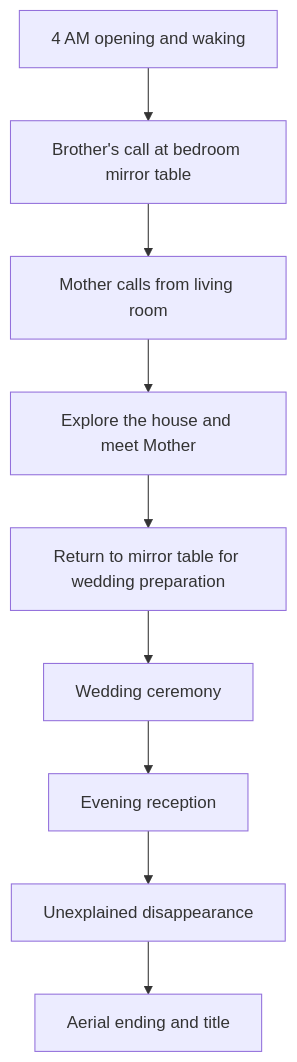
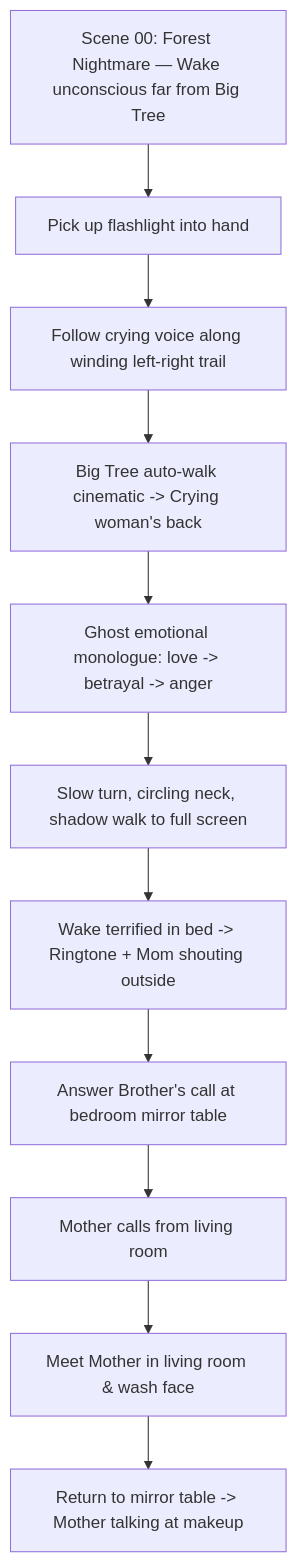
Before and after one commit to GenXXIII/ThatNight: the diagram in Docs/Chapter1-FirstPerson-Design.md, drawn with Mermaid. The commit also changed other lines of this file and 1099 other files, not shown here.

````diff
--- a/Docs/Chapter1-FirstPerson-Design.md
+++ b/Docs/Chapter1-FirstPerson-Design.md
@@ -19,11 +19,13 @@
 ```mermaid
 flowchart TD
-    S1[4 AM opening and waking] --> S2[Brother's call at bedroom mirror table]
-    S2 --> S3[Mother calls from living room]
-    S3 --> S4[Explore the house and meet Mother]
-    S4 --> S5[Return to mirror table for wedding preparation]
-    S5 --> S6[Wedding ceremony]
-    S6 --> S7[Evening reception]
-    S7 --> S8[Unexplained disappearance]
-    S8 --> S9[Aerial ending and title]
+    S0[Scene 00: Forest Nightmare — Wake unconscious far from Big Tree] --> S0B[Pick up flashlight into hand]
+    S0B --> S0C[Follow crying voice along winding left-right trail]
+    S0C --> S0D[Big Tree auto-walk cinematic -> Crying woman's back]
+    S0D --> S0E[Ghost emotional monologue: love -> betrayal -> anger]
+    S0E --> S0F[Slow turn, circling neck, shadow walk to full screen]
+    S0F --> S2[Wake terrified in bed -> Ringtone + Mom shouting outside]
+    S2 --> S2B[Answer Brother's call at bedroom mirror table]
+    S2B --> S3[Mother calls from living room]
+    S3 --> S4[Meet Mother in living room & wash face]
+    S4 --> S5[Return to mirror table -> Mother talking at makeup]
 ```
````
